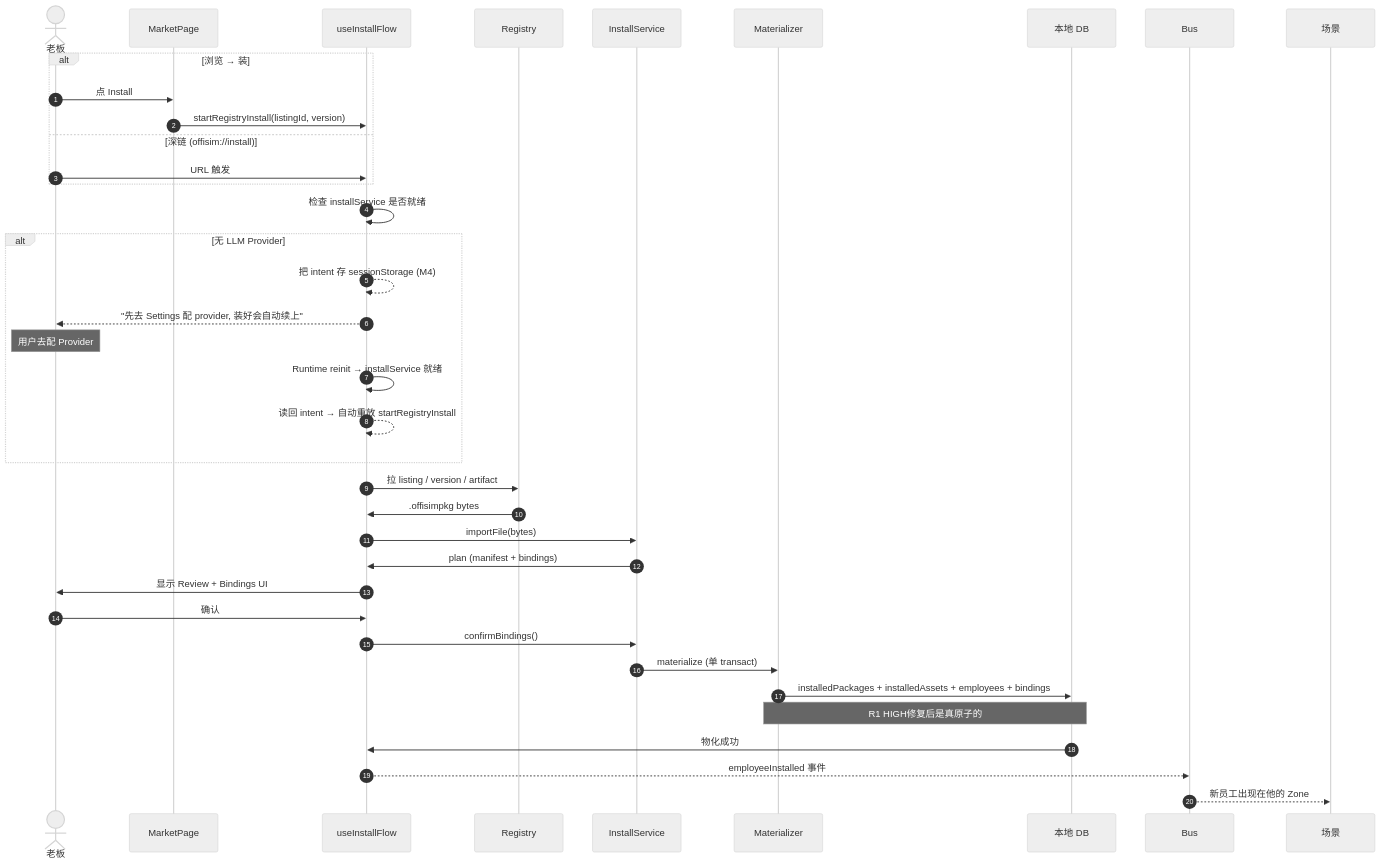
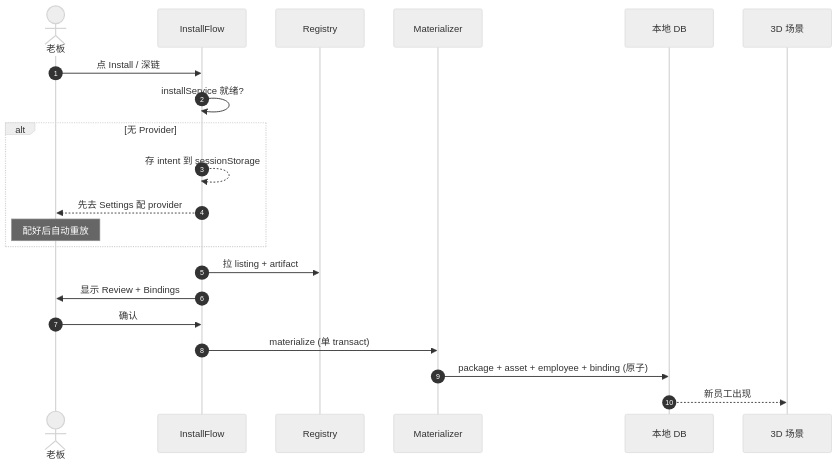
One commit to mike007jd/Offisim changed the seventh of 7 diagrams in Docs/business-logic-map.md. Above: the diagram before and after it, drawn with Mermaid (neutral theme). The commit also changed other lines of this file, not shown here.

````diff
--- a/Docs/business-logic-map.md
+++ b/Docs/business-logic-map.md
@@ -234,40 +303,24 @@
 ```mermaid
 sequenceDiagram
   autonumber
   actor U as 老板
-  participant UI as MarketPage
-  participant Flow as useInstallFlow
+  participant Flow as InstallFlow
   participant Reg as Registry
-  participant IS as InstallService
   participant Mat as Materializer
   participant DB as 本地 DB
+  participant Scene as 3D 场景
 
-  alt 浏览 → 装
-    U->>UI: 点 Install
-    UI->>Flow: startRegistryInstall(listingId, version)
-  else 深链 (offisim://install)
-    U->>Flow: URL 触发
+  U->>Flow: 点 Install / 深链
+  Flow->>Flow: installService 就绪?
+  alt 无 Provider
+    Flow-->>Flow: 存 intent 到 sessionStorage
+    Flow-->>U: 先去 Settings 配 provider
+    Note over U: 配好后自动重放
   end
-
-  Flow->>Flow: 检查 installService 是否就绪
-  alt 无 LLM Provider
-    Flow-->>Flow: 把 intent 存 sessionStorage (M4)
-    Flow-->>U: "先去 Settings 配 provider, 装好会自动续上"
-    Note over U: 用户去配 Provider
-    Flow->>Flow: Runtime reinit → installService 就绪
-    Flow-->>Flow: 读回 intent → 自动重放 startRegistryInstall
-  end
-  Flow->>Reg: 拉 listing / version / artifact
-  Reg->>Flow: .offisimpkg bytes
-  Flow->>IS: importFile(bytes)
-  IS->>Flow: plan (manifest + bindings)
-  Flow->>U: 显示 Review + Bindings UI
+  Flow->>Reg: 拉 listing + artifact
+  Flow->>U: 显示 Review + Bindings
   U->>Flow: 确认
-  Flow->>IS: confirmBindings()
-  IS->>Mat: materialize (单 transact)
-  Mat->>DB: installedPackages + installedAssets + employees + bindings
-  Note over Mat,DB: R1 HIGH修复后是真原子的
-  DB->>Flow: 物化成功
-  Flow-->>Bus: employeeInstalled 事件
-  Bus-->>场景: 新员工出现在他的 Zone
+  Flow->>Mat: materialize (单 transact)
+  Mat->>DB: package + asset + employee + binding (原子)
+  DB-->>Scene: 新员工出现
 ```
````
